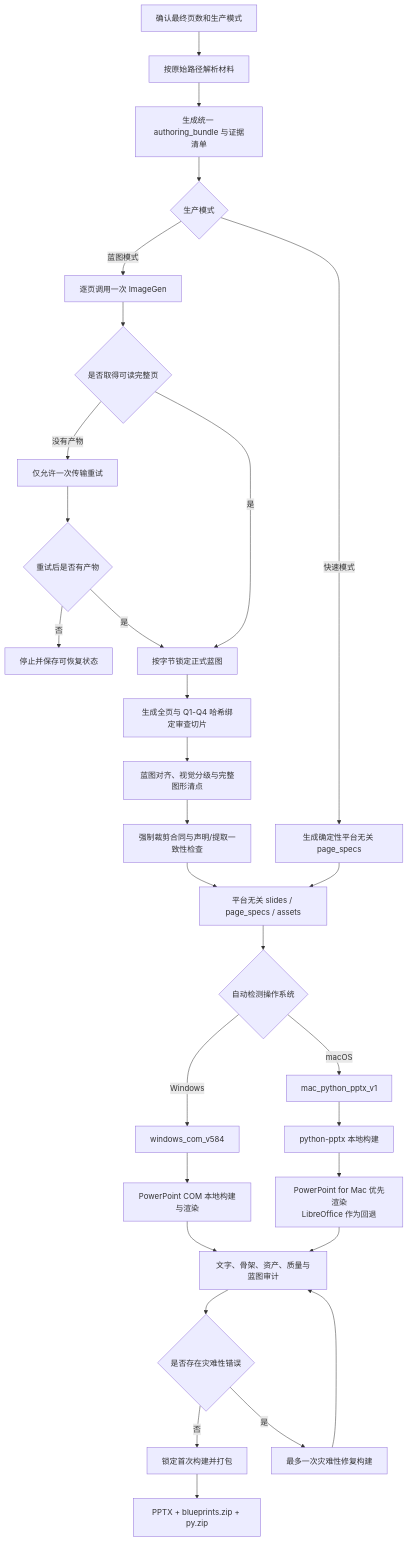
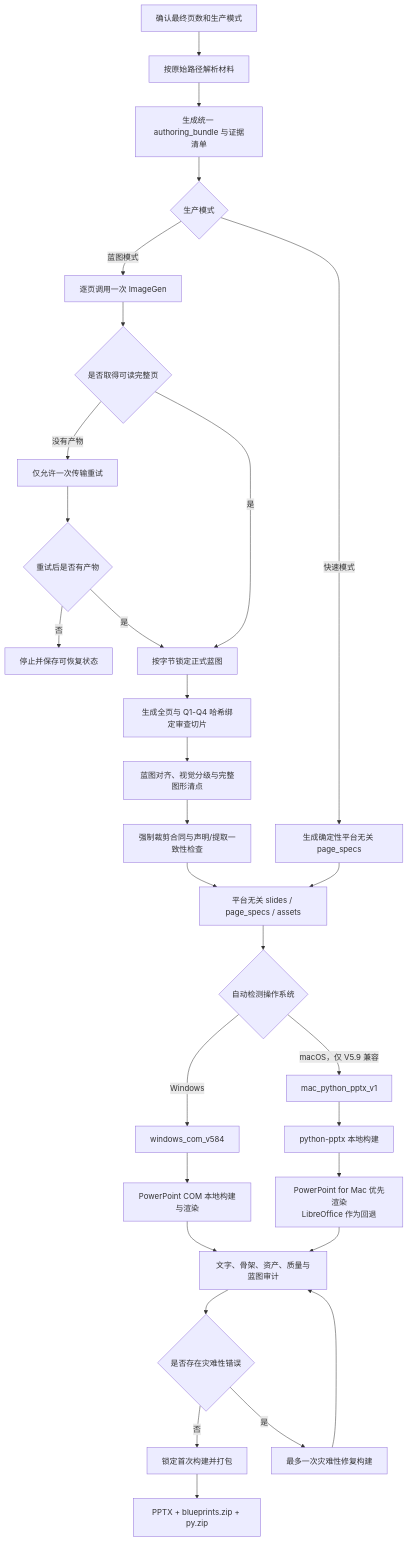
Before and after one commit to edchwx-lang/standard-report-ppt: the second of 2 diagrams in README.md, drawn with Mermaid. The commit also changed other lines of this file and 7 other files, not shown here.

````diff
--- a/README.md
+++ b/README.md
@@ -65,35 +65,35 @@
 ```mermaid
 flowchart TD
     A[确认最终页数和生产模式] --> B[按原始路径解析材料]
     B --> C[生成统一 authoring_bundle 与证据清单]
     C --> D{生产模式}
 
     D -->|蓝图模式| E[逐页调用一次 ImageGen]
     E --> F{是否取得可读完整页}
     F -->|没有产物| G[仅允许一次传输重试]
     G --> H{重试后是否有产物}
     H -->|否| I[停止并保存可恢复状态]
     H -->|是| J[按字节锁定正式蓝图]
     F -->|是| J
     J --> K[生成全页与 Q1-Q4 哈希绑定审查切片]
     K --> L[蓝图对齐、视觉分级与完整图形清点]
     L --> M[强制裁剪合同与声明/提取一致性检查]
 
     D -->|快速模式| N[生成确定性平台无关 page_specs]
     M --> O[平台无关 slides / page_specs / assets]
     N --> O
 
     O --> P{自动检测操作系统}
     P -->|Windows| Q[windows_com_v584]
-    P -->|macOS| R[mac_python_pptx_v1]
+    P -->|macOS，仅 V5.9 兼容| R[mac_python_pptx_v1]
     Q --> S[PowerPoint COM 本地构建与渲染]
     R --> T[python-pptx 本地构建]
     T --> U[PowerPoint for Mac 优先渲染<br/>LibreOffice 作为回退]
     S --> V[文字、骨架、资产、质量与蓝图审计]
     U --> V
     V --> W{是否存在灾难性错误}
     W -->|否| X[锁定首次构建并打包]
     W -->|是| Y[最多一次灾难性修复构建]
     Y --> V
     X --> Z[PPTX + blueprints.zip + py.zip]
 ```
````
